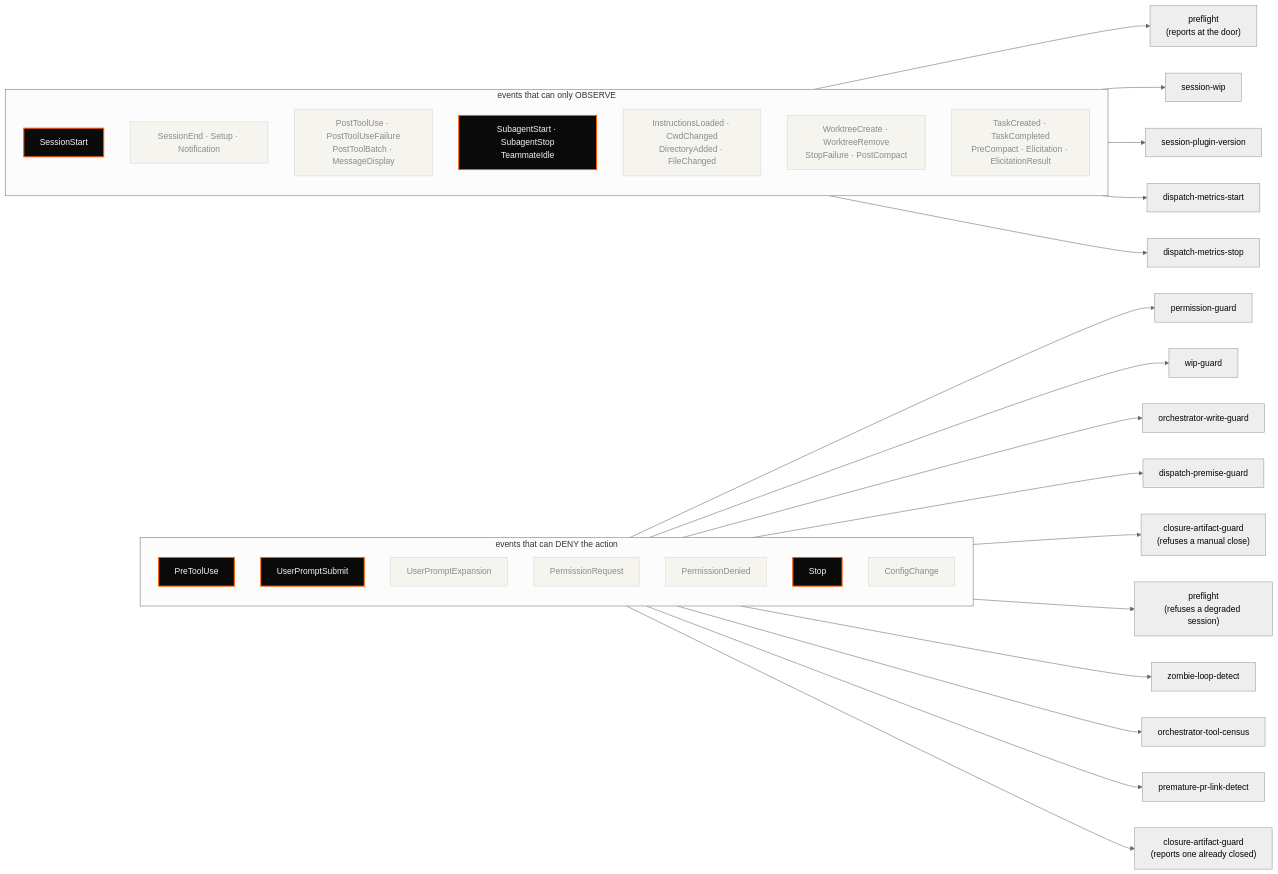
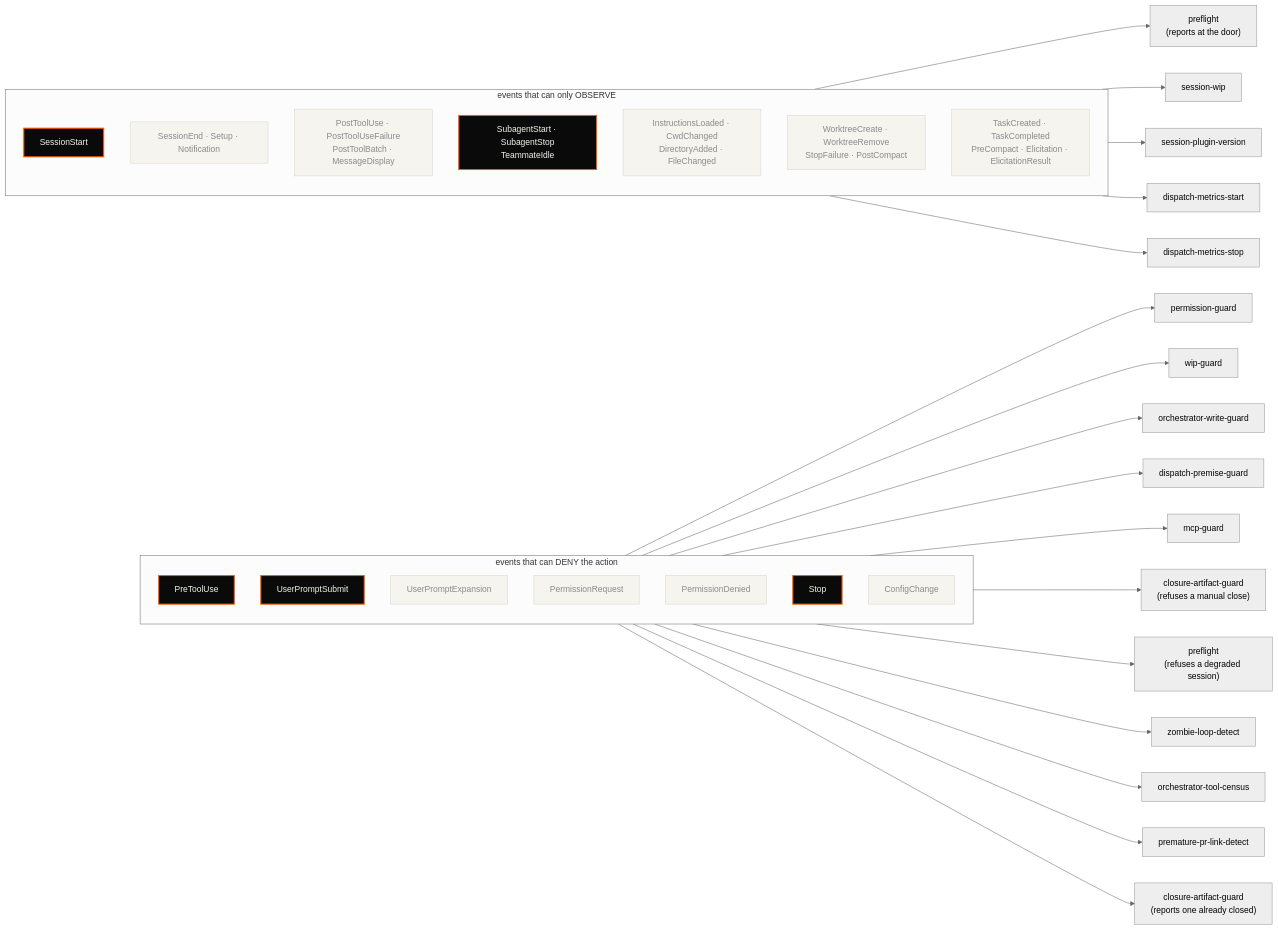
The fourth of 5 diagrams in README.md (tedeuxx/tadeumendonca-skills), drawn with Mermaid (neutral theme) before and after one commit. The commit also changed other lines of this file and 8 other files, not shown here.

````diff
--- a/README.md
+++ b/README.md
@@ -966,61 +966,63 @@
 ```mermaid
 flowchart LR
   classDef used fill:#0A0A0A,color:#F5F4EF,stroke:#FF5A00,stroke-width:2px
   classDef idle fill:#F5F4EF,color:#8A8A8A,stroke:#D8D6CE
 
   subgraph BLOCK["events that can DENY the action"]
     direction TB
     E1["PreToolUse"]
     E2["UserPromptSubmit"]
     E3["UserPromptExpansion"]:::idle
     E4["PermissionRequest"]:::idle
     E5["PermissionDenied"]:::idle
     E6["Stop"]
     E7["ConfigChange"]:::idle
   end
 
   subgraph OBS["events that can only OBSERVE"]
     direction TB
     O1["SessionStart"]
     O2["SessionEnd · Setup · Notification"]:::idle
     O3["PostToolUse · PostToolUseFailure<br/>PostToolBatch · MessageDisplay"]:::idle
     O4["SubagentStart · SubagentStop<br/>TeammateIdle"]:::idle
     O5["InstructionsLoaded · CwdChanged<br/>DirectoryAdded · FileChanged"]:::idle
     O6["WorktreeCreate · WorktreeRemove<br/>StopFailure · PostCompact"]:::idle
     O7["TaskCreated · TaskCompleted<br/>PreCompact · Elicitation · ElicitationResult"]:::idle
   end
 
   H1["permission-guard"]
   H2["wip-guard"]
   H3["session-wip"]
   H4["session-plugin-version"]
   H5["dispatch-metrics-start"]
   H6["dispatch-metrics-stop"]
   H7["zombie-loop-detect"]
   H8["orchestrator-write-guard"]
   H9["orchestrator-tool-census"]
   H10["premature-pr-link-detect"]
   H11["dispatch-premise-guard"]
   H12["closure-artifact-guard<br/>(refuses a manual close)"]
   H13["closure-artifact-guard<br/>(reports one already closed)"]
   H14["preflight<br/>(refuses a degraded session)"]
   H15["preflight<br/>(reports at the door)"]
+  H16["mcp-guard"]
 
   E1 --> H1
   E1 --> H2
   E1 --> H8
   E1 --> H11
+  E1 --> H16
   E1 --> H12
   E2 --> H14
   O1 --> H15
   O1 --> H3
   O1 --> H4
   O4 --> H5
   O4 --> H6
   E6 --> H7
   E6 --> H9
   E6 --> H10
   E6 --> H13
 
   class E1,E2,O1,O4,E6 used
 ```
````
